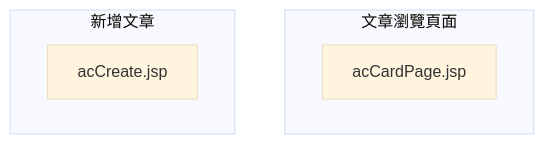
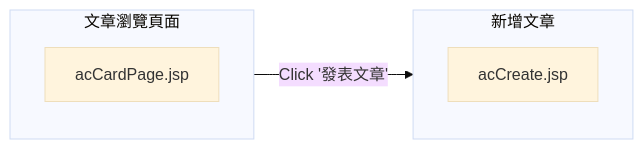
Before and after one commit to TLexYuW/CGA103G1OwnPart: the ninth of 12 diagrams in README.md, drawn with Mermaid (base theme).

Commit message:
LexVaultBackup: 2022-09-12 19:38:36
Affected files:
README.md

````diff
--- a/README.md
+++ b/README.md
@@ -218,10 +218,15 @@
 ```mermaid
-graph 
+graph LR
 	subgraph 文章瀏覽頁面
+	direction BT
 	acCP[acCardPage.jsp]
 	end
 	
 	subgraph 新增文章
-	a[acCreate.jsp]
-	end	
+	direction BT
+	acC[acCreate.jsp]
+	end
+
+	acCP -->|Click '發表文章'| acC
+	
 ```
````
